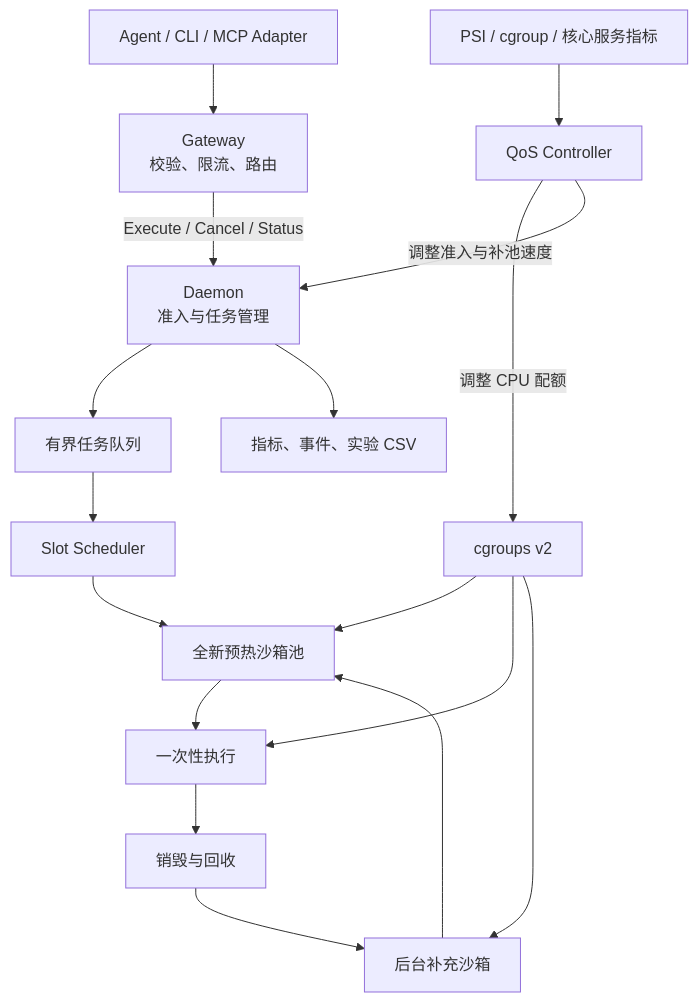
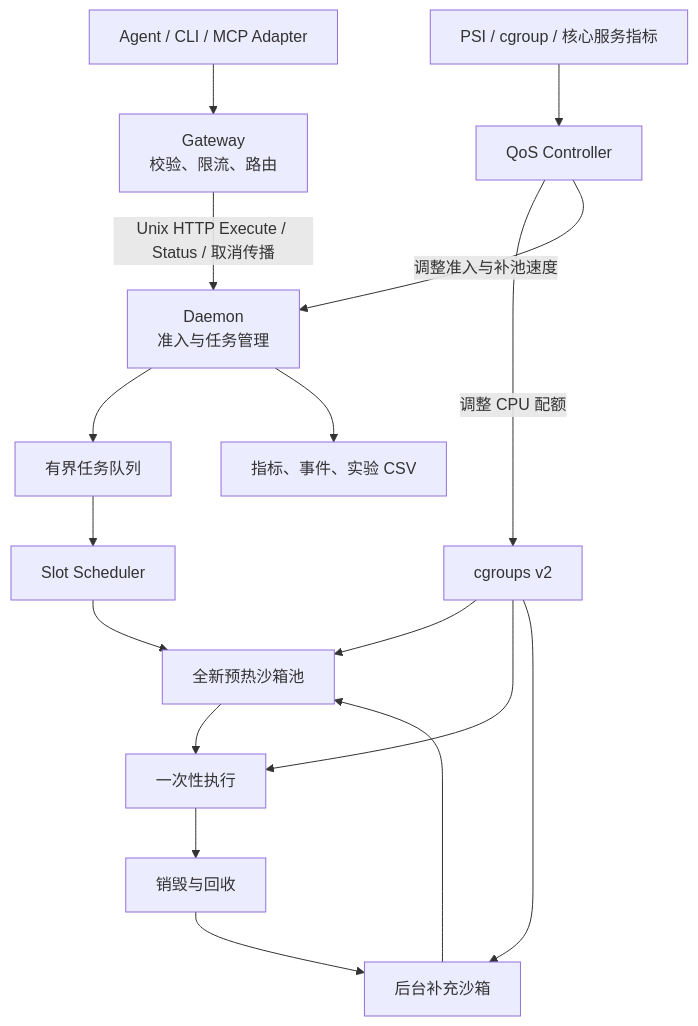
The first of 2 diagrams in DESIGN.md (X1Kun/AgentBox), drawn with Mermaid before and after one commit. The commit also changed other lines of this file and 30 other files, not shown here.

First line of the commit message:
feat: add unprivileged gateway over Unix HTTP

````diff
--- a/DESIGN.md
+++ b/DESIGN.md
@@ -83,22 +83,22 @@
 ```mermaid
 flowchart TB
     A[Agent / CLI / MCP Adapter] --> G[Gateway<br/>校验、限流、路由]
-    G -->|Execute / Cancel / Status| D[Daemon<br/>准入与任务管理]
+    G -->|Unix HTTP Execute / Status / 取消传播| D[Daemon<br/>准入与任务管理]
 
     D --> Q[有界任务队列]
     Q --> P[Slot Scheduler]
     P --> W[全新预热沙箱池]
     W --> E[一次性执行]
     E --> X[销毁与回收]
     X --> R[后台补充沙箱]
     R --> W
 
     M[PSI / cgroup / 核心服务指标] --> C[QoS Controller]
     C -->|调整 CPU 配额| K[cgroups v2]
     C -->|调整准入与补池速度| D
     K --> W
     K --> E
     K --> R
 
     D --> O[指标、事件、实验 CSV]
 ```
````
